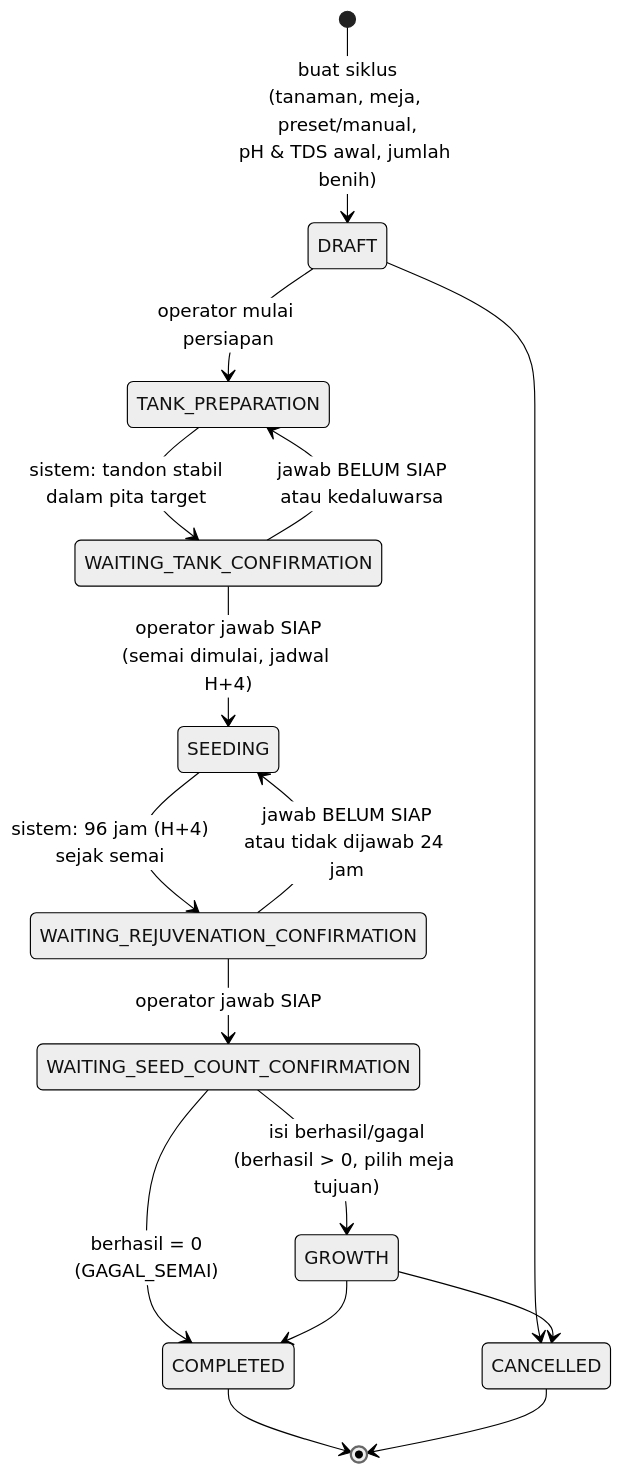
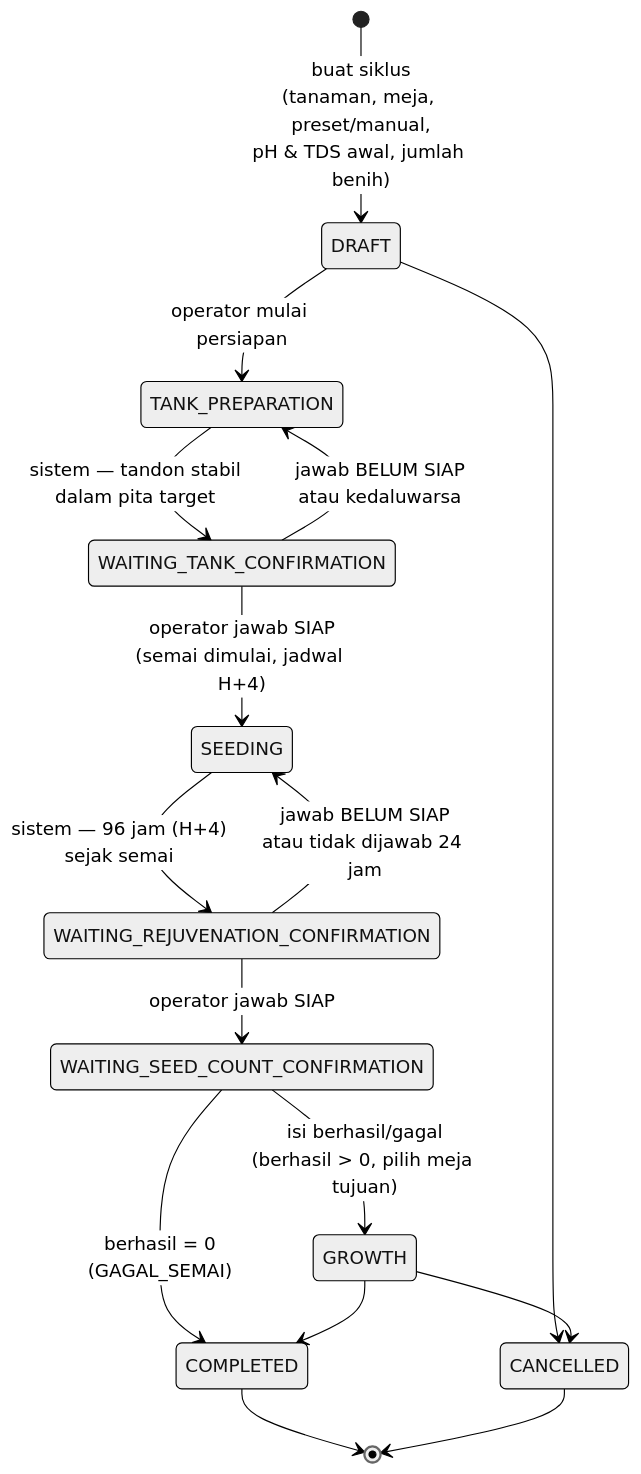
One commit to EoxikBlaze/greenhouse_arutmin_frontend changed the first of 3 diagrams in GARAP-DOCUMENTATION/01-PEDOMAN-RESMI/SOP_Pengoperasian_Sistem.md. Above: the diagram before and after it, drawn with Mermaid (neutral theme). The commit also changed 93 other files, not shown here.

````diff
--- a/GARAP-DOCUMENTATION/01-PEDOMAN-RESMI/SOP_Pengoperasian_Sistem.md
+++ b/GARAP-DOCUMENTATION/01-PEDOMAN-RESMI/SOP_Pengoperasian_Sistem.md
@@ -189,18 +189,18 @@
 ```mermaid
 stateDiagram-v2
   [*] --> DRAFT: buat siklus<br/>(tanaman, meja, preset/manual,<br/>pH & TDS awal, jumlah benih)
   DRAFT --> TANK_PREPARATION: operator mulai persiapan
-  TANK_PREPARATION --> WAITING_TANK_CONFIRMATION: sistem: tandon stabil<br/>dalam pita target
+  TANK_PREPARATION --> WAITING_TANK_CONFIRMATION: sistem — tandon stabil<br/>dalam pita target
   WAITING_TANK_CONFIRMATION --> SEEDING: operator jawab SIAP<br/>(semai dimulai, jadwal H+4)
   WAITING_TANK_CONFIRMATION --> TANK_PREPARATION: jawab BELUM SIAP<br/>atau kedaluwarsa
-  SEEDING --> WAITING_REJUVENATION_CONFIRMATION: sistem: 96 jam (H+4)<br/>sejak semai
+  SEEDING --> WAITING_REJUVENATION_CONFIRMATION: sistem — 96 jam (H+4)<br/>sejak semai
   WAITING_REJUVENATION_CONFIRMATION --> WAITING_SEED_COUNT_CONFIRMATION: operator jawab SIAP
   WAITING_REJUVENATION_CONFIRMATION --> SEEDING: jawab BELUM SIAP<br/>atau tidak dijawab 24 jam
   WAITING_SEED_COUNT_CONFIRMATION --> GROWTH: isi berhasil/gagal<br/>(berhasil > 0, pilih meja tujuan)
   WAITING_SEED_COUNT_CONFIRMATION --> COMPLETED: berhasil = 0<br/>(GAGAL_SEMAI)
   GROWTH --> COMPLETED
   DRAFT --> CANCELLED
   GROWTH --> CANCELLED
   COMPLETED --> [*]
   CANCELLED --> [*]
 ```
````
